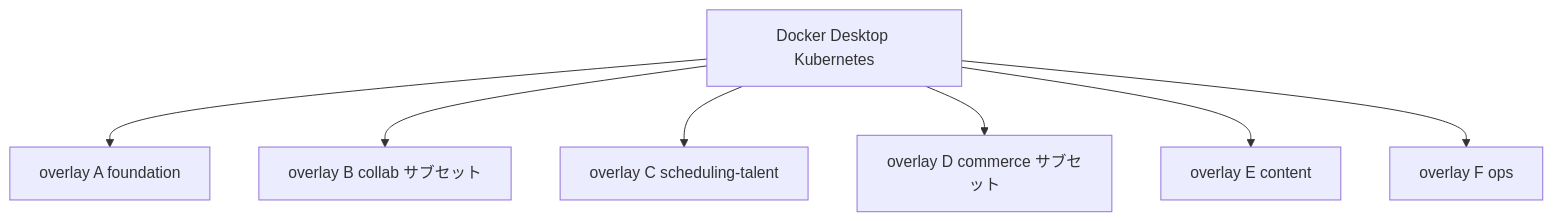
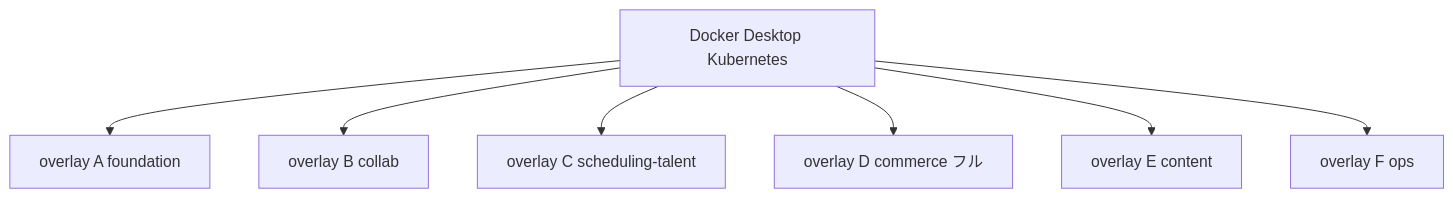
The third of 4 diagrams in portfolio-plan/cloud-platform/docs/06-diagrams.md (maeplego/portfolio-plan), drawn with Mermaid before and after one commit. The commit also changed other lines of this file and 111 other files, not shown here.

````diff
--- a/portfolio-plan/cloud-platform/docs/06-diagrams.md
+++ b/portfolio-plan/cloud-platform/docs/06-diagrams.md
@@ -54,10 +53,10 @@
 ```mermaid
 flowchart TB
   DD[Docker Desktop Kubernetes]
   DD --> A[overlay A foundation]
-  DD --> B[overlay B collab サブセット]
+  DD --> B[overlay B collab]
   DD --> C[overlay C scheduling-talent]
-  DD --> D[overlay D commerce サブセット]
+  DD --> D[overlay D commerce フル]
   DD --> E[overlay E content]
   DD --> F[overlay F ops]
 ```
````
